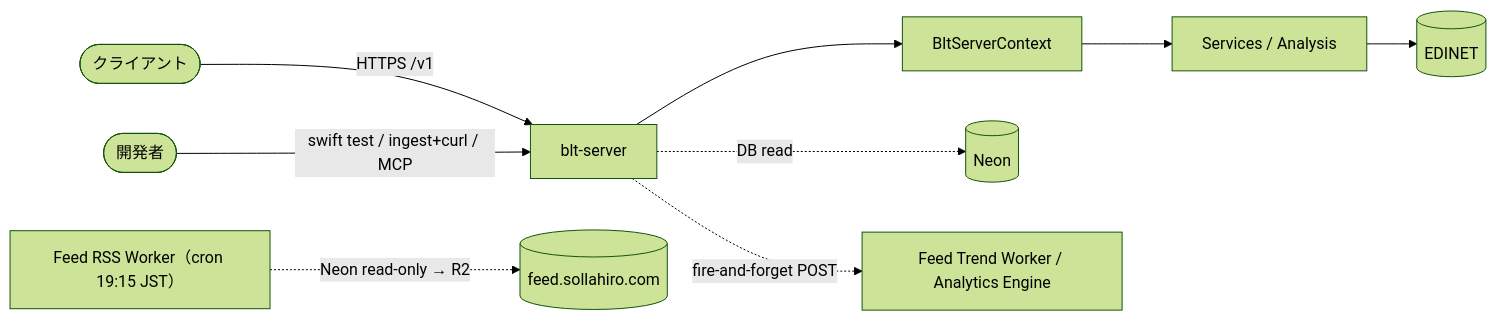
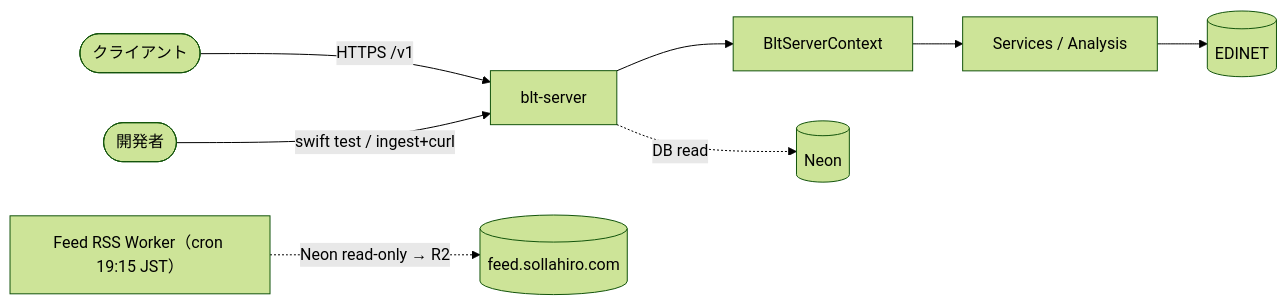
Before and after one commit to sollahiro/blue-ticker: the second of 2 diagrams in docs/architecture.md, drawn with Mermaid (forest theme). The commit also changed other lines of this file and 53 other files, not shown here.

First line of the commit message:
内蔵 MCP（POST /）と検索トレンド（Feed Trend）を廃止する (#659)

````diff
--- a/docs/architecture.md
+++ b/docs/architecture.md
@@ -108,11 +103,10 @@
 ```mermaid
 flowchart LR
     user(["クライアント"]) -->|"HTTPS /v1"| server["blt-server"]
-    dev(["開発者"]) -->|"swift test / ingest+curl / MCP"| server
+    dev(["開発者"]) -->|"swift test / ingest+curl"| server
     server --> facade["BltServerContext"]
     facade --> svc["Services / Analysis"]
     svc --> edinet[("EDINET")]
     server -.->|DB read| pg[("Neon")]
-    server -.->|"fire-and-forget POST"| trend["Feed Trend Worker / Analytics Engine"]
     rss["Feed RSS Worker（cron 19:15 JST）"] -.->|"Neon read-only → R2"| r2[("feed.sollahiro.com")]
 ```
````
